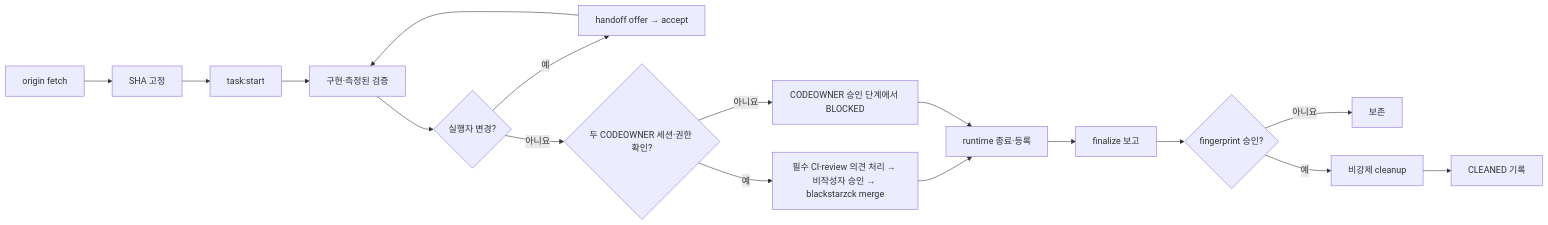
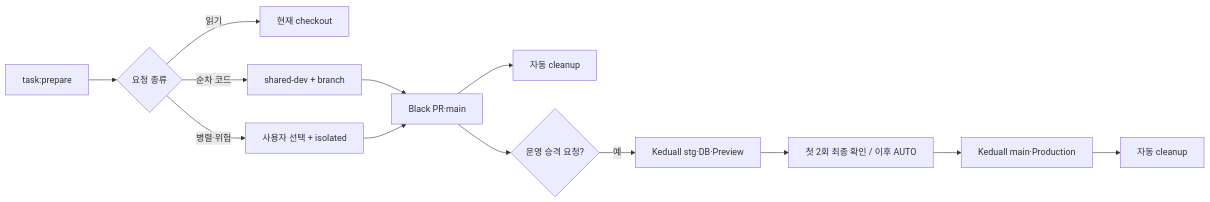
The first of 2 diagrams in docs/operations/ai-development-pipeline.md (blackstarzck/topik-project-v13), drawn with Mermaid before and after one commit. The commit also changed other lines of this file and 33 other files, not shown here.

````diff
--- a/docs/operations/ai-development-pipeline.md
+++ b/docs/operations/ai-development-pipeline.md
@@ -33,19 +37,15 @@
 ```mermaid
 flowchart LR
-  A["origin fetch"] --> B["SHA 고정"]
-  B --> C["task:start"]
-  C --> D["구현·측정된 검증"]
-  D --> E{"실행자 변경?"}
-  E -- 예 --> F["handoff offer → accept"]
-  F --> D
-  E -- 아니요 --> N{"두 CODEOWNER 세션·권한 확인?"}
-  N -- 예 --> O["필수 CI·review 의견 처리 → 비작성자 승인 → blackstarzck merge"]
-  N -- 아니요 --> P["CODEOWNER 승인 단계에서 BLOCKED"]
-  O --> H["runtime 종료·등록"]
-  P --> H
-  H --> I["finalize 보고"]
-  I --> J{"fingerprint 승인?"}
-  J -- 아니요 --> K["보존"]
-  J -- 예 --> L["비강제 cleanup"]
-  L --> M["CLEANED 기록"]
+  A["task:prepare"] --> B{"요청 종류"}
+  B -- 읽기 --> C["현재 checkout"]
+  B -- 순차 코드 --> D["shared-dev + branch"]
+  B -- 병렬·위험 --> E["사용자 선택 + isolated"]
+  D --> F["Black PR·main"]
+  E --> F
+  F --> G["자동 cleanup"]
+  F --> H{"운영 승격 요청?"}
+  H -- 예 --> I["Keduall stg·DB·Preview"]
+  I --> J["첫 2회 최종 확인 / 이후 AUTO"]
+  J --> K["Keduall main·Production"]
+  K --> L["자동 cleanup"]
 ```
````
